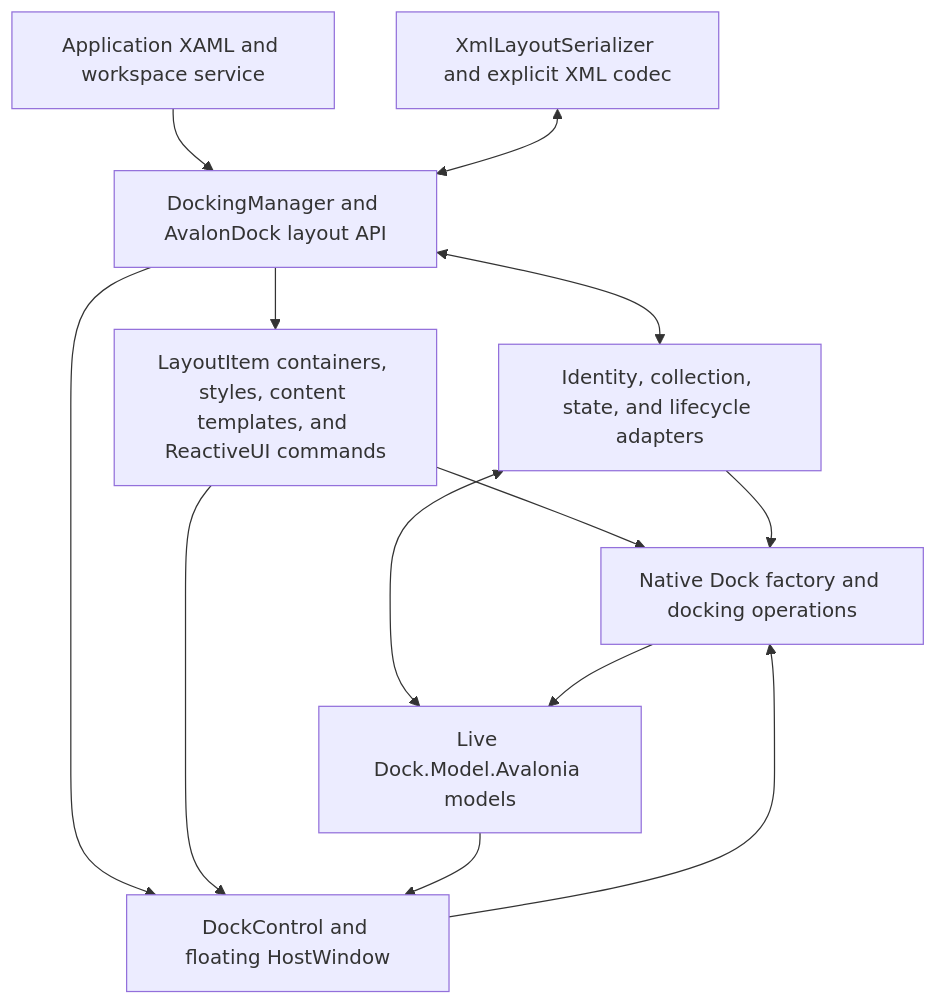
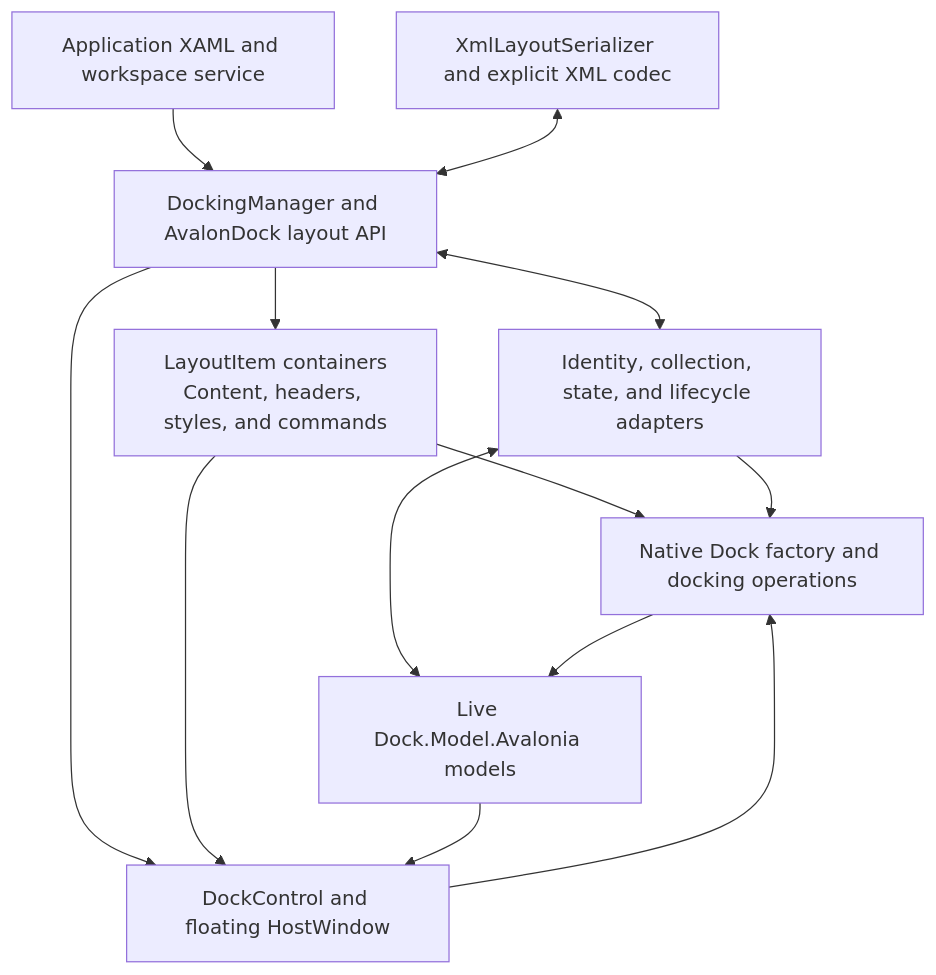
Before and after one commit to wieslawsoltes/Dock: the diagram in src/Dock.Avalonia.AvalonDock/AVALONDOCK.md, drawn with Mermaid. The commit also changed other lines of this file and 22 other files, not shown here.

````diff
--- a/src/Dock.Avalonia.AvalonDock/AVALONDOCK.md
+++ b/src/Dock.Avalonia.AvalonDock/AVALONDOCK.md
@@ -156,23 +167,23 @@
 ```mermaid
 flowchart TB
     App["Application XAML and workspace service"]
     Api["DockingManager and AvalonDock layout API"]
-    Items["LayoutItem containers, styles, content templates, and ReactiveUI commands"]
+    Items["LayoutItem containers<br/>Content, headers, styles, and commands"]
     Bridge["Identity, collection, state, and lifecycle adapters"]
     Models["Live Dock.Model.Avalonia models"]
     Factory["Native Dock factory and docking operations"]
     View["DockControl and floating HostWindow"]
     Xml["XmlLayoutSerializer and explicit XML codec"]
     App --> Api
     Api --> Items
     Items --> Factory
     Api <--> Bridge
     Bridge <--> Models
     Bridge --> Factory
     Factory --> Models
     Api --> View
     Items --> View
     Models --> View
     View --> Factory
     Xml <--> Api
 ```
````
